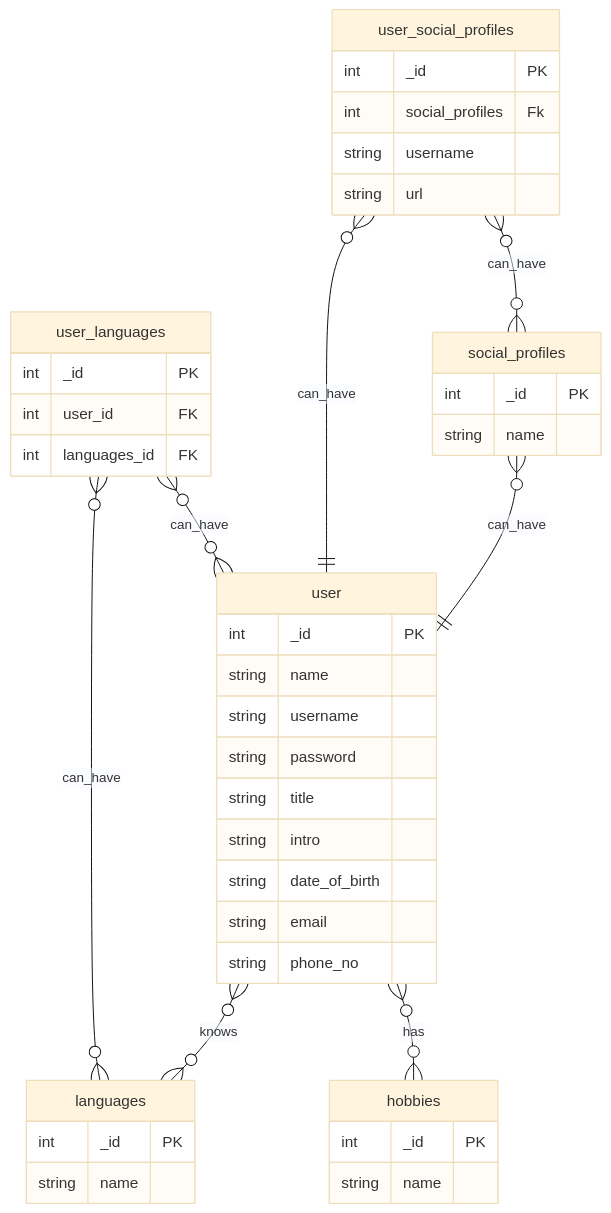
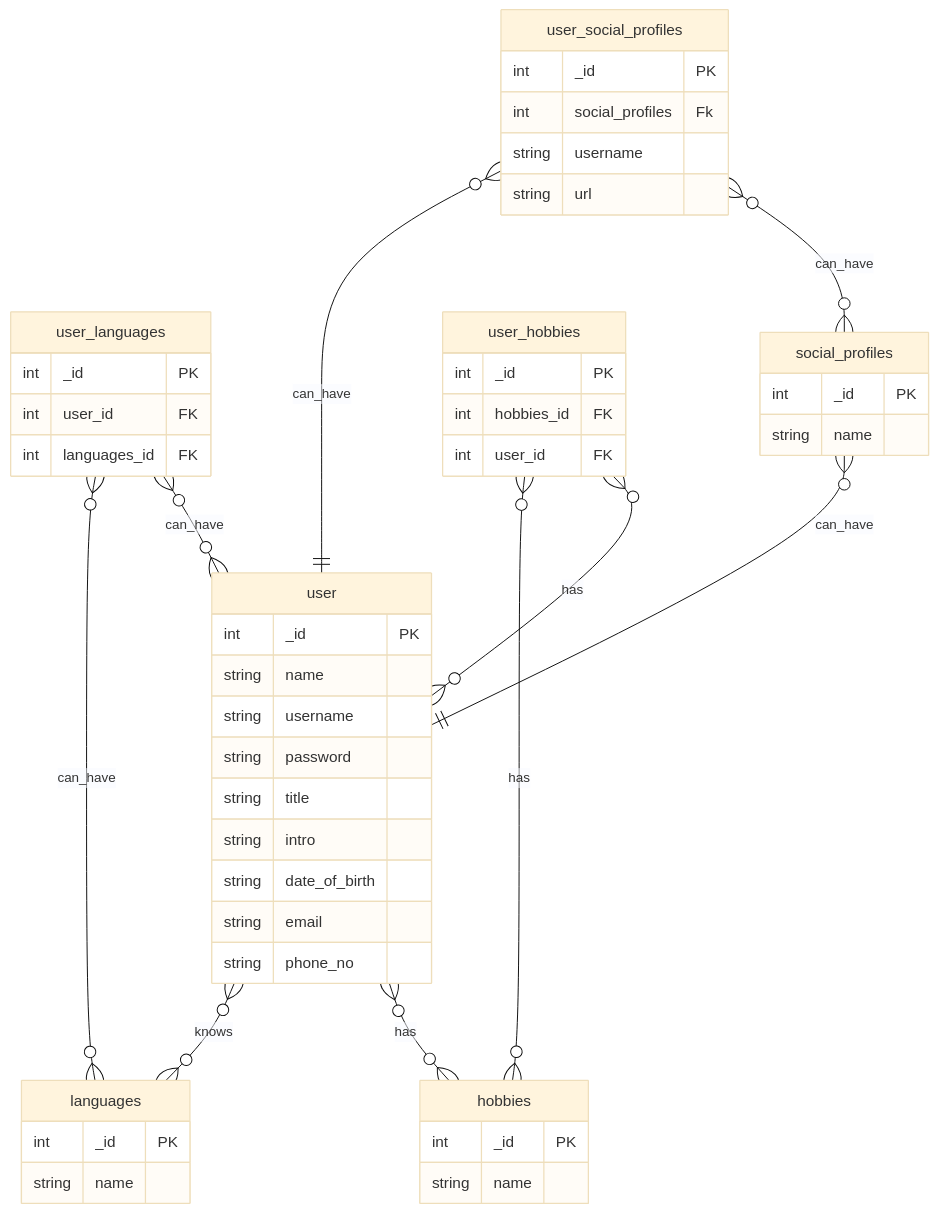
Before and after one commit to awais3323/Pitchers: the diagram in README.md, drawn with Mermaid (base theme).

Commit message:
user hobbies have been entered

````diff
--- a/README.md
+++ b/README.md
@@ -31,53 +31,60 @@
 ```mermaid
 erDiagram
 
 user}o--o{ languages: knows
     user{
         int _id PK
         string name
         string username
         string password
         string title
         string intro
         string date_of_birth
         string email
         string phone_no
 
     }
 
     languages{
         int _id PK
         string name
 
     }
 user_languages}o--o{languages: can_have
 user_languages}o--o{user: can_have
     user_languages{
         int _id PK 
         int user_id FK
         int languages_id FK
 
     }
 social_profiles}o--||user: can_have
     social_profiles{
         int _id PK 
         string name
 
     }
 user_social_profiles}o--||      user: can_have
 user_social_profiles}o--o{social_profiles: can_have
     user_social_profiles{
         int _id PK 
         int social_profiles Fk
         string username
         string url 
 
     }
 user}o--o{hobbies :has 
 
     hobbies{
         int _id PK 
         string name
+    }
+user_hobbies}o--o{hobbies :has 
+user_hobbies}o--o{user:has 
+    user_hobbies{
+        int _id PK 
+        int hobbies_id FK
+        int user_id FK
 
     }
 ```
````
